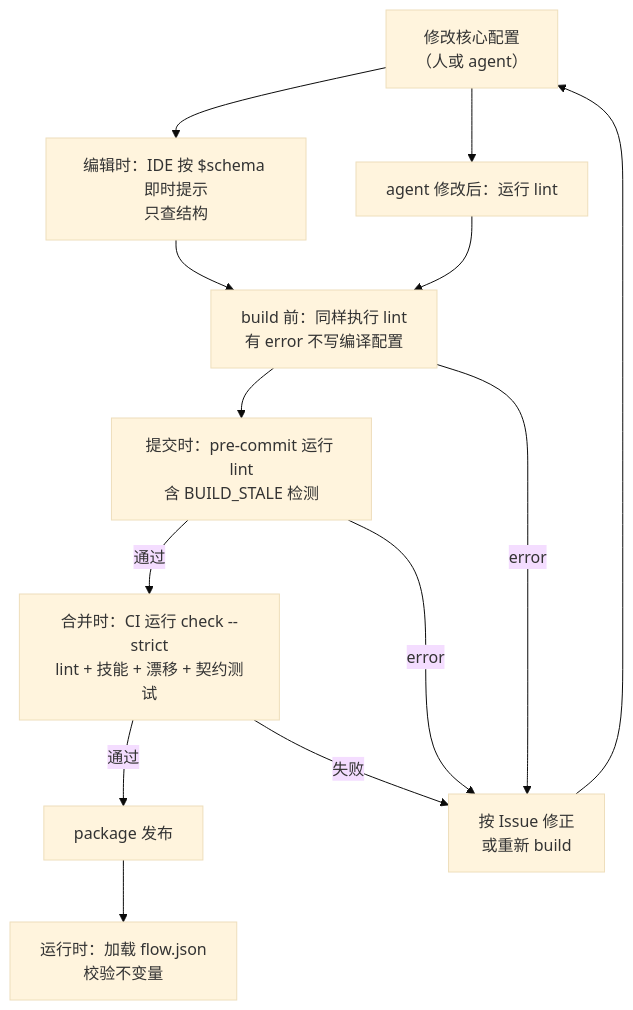
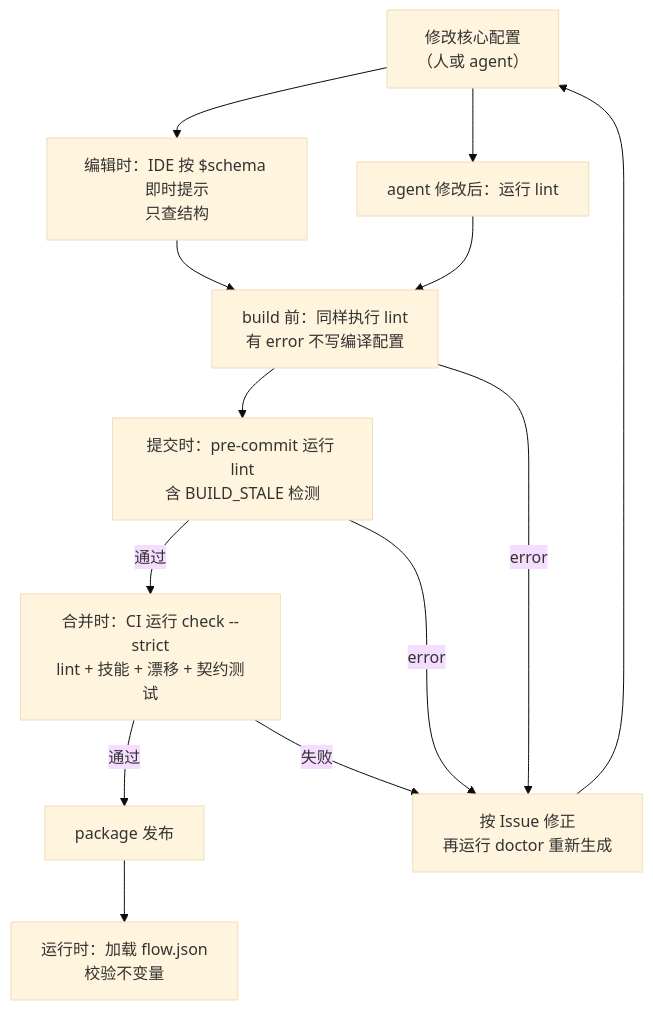
The fifth of 11 diagrams in docs/diagrams.md (seikou00/autobizdevops_plugin_creator), drawn with Mermaid (base theme) before and after one commit. The commit also changed other lines of this file and 58 other files, not shown here.

````diff
--- a/docs/diagrams.md
+++ b/docs/diagrams.md
@@ -197,23 +200,23 @@
 ```mermaid
 flowchart TB
   EDIT["修改核心配置<br/>（人或 agent）"]
   IDE["编辑时：IDE 按 $schema 即时提示<br/>只查结构"]
   AG["agent 修改后：运行 lint"]
   BLD["build 前：同样执行 lint<br/>有 error 不写编译配置"]
   HOOK["提交时：pre-commit 运行 lint<br/>含 BUILD_STALE 检测"]
   CI["合并时：CI 运行 check --strict<br/>lint + 技能 + 漂移 + 契约测试"]
   PKG["package 发布"]
   RUN["运行时：加载 flow.json<br/>校验不变量"]
-  FIX["按 Issue 修正<br/>或重新 build"]
+  FIX["按 Issue 修正<br/>再运行 doctor 重新生成"]
 
   EDIT --> IDE & AG
   IDE & AG --> BLD
   BLD --> HOOK
   HOOK -->|"通过"| CI
   CI -->|"通过"| PKG
   PKG --> RUN
   BLD -->|"error"| FIX
   HOOK -->|"error"| FIX
   CI -->|"失败"| FIX
   FIX --> EDIT
 ```
````
